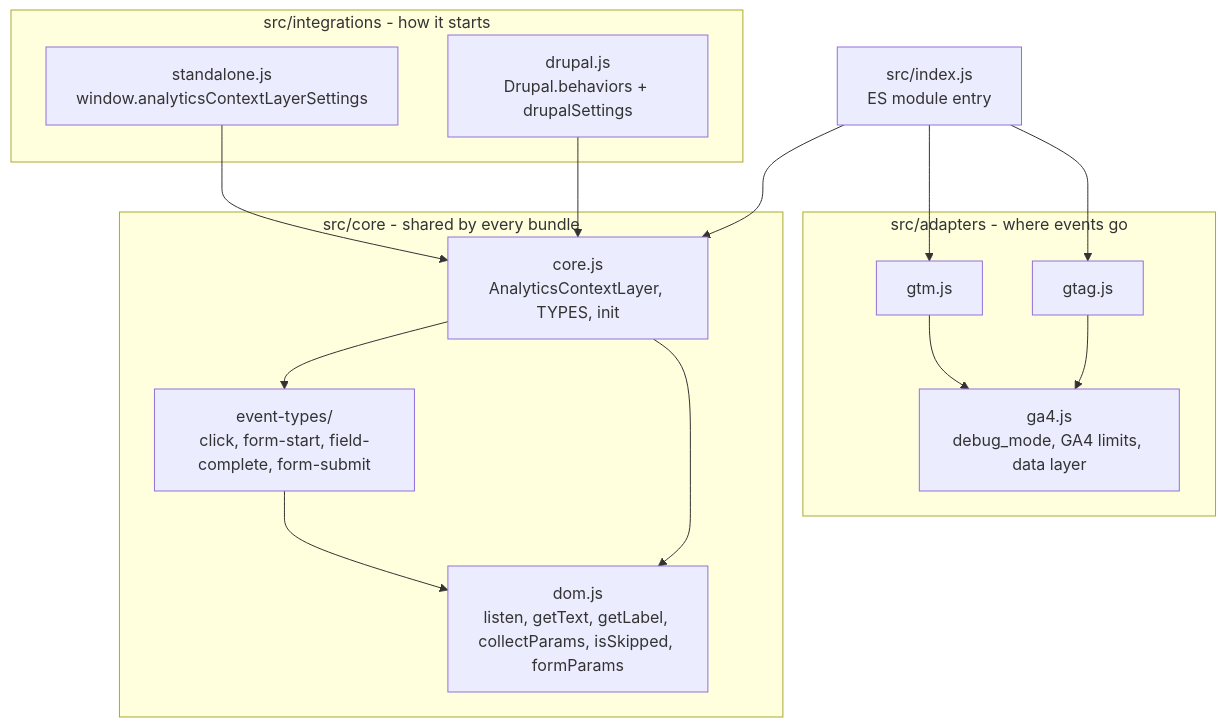
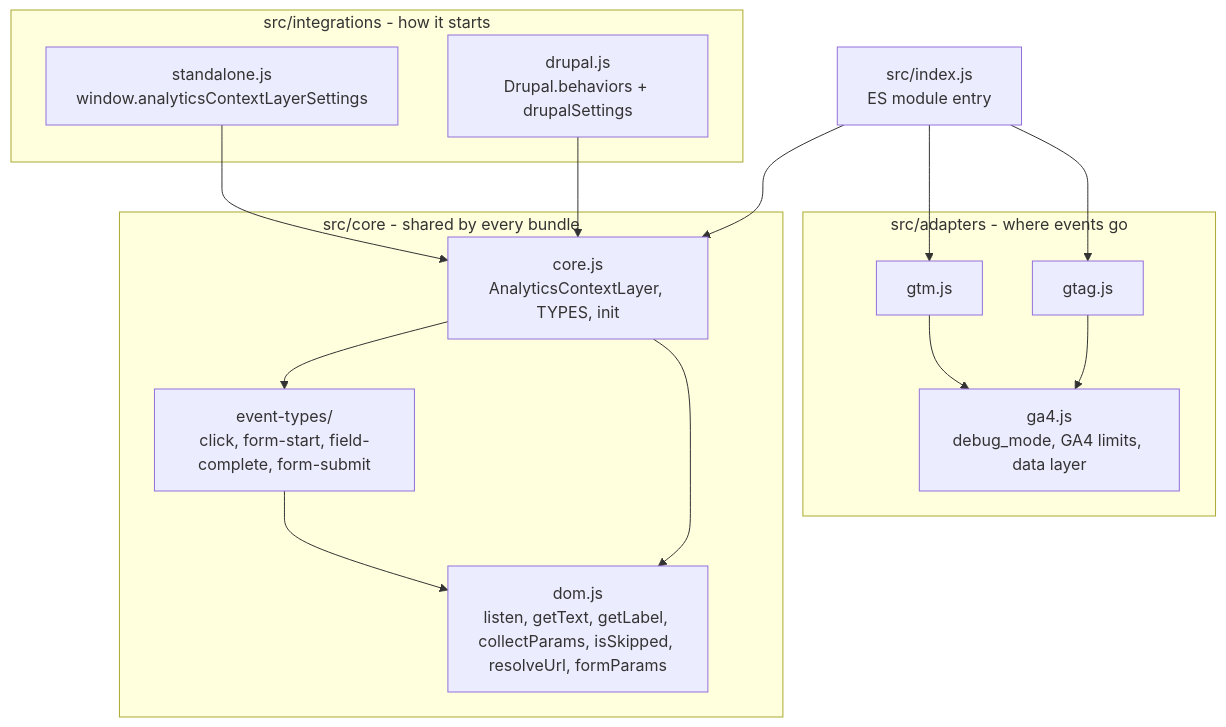
Before and after one commit to drevops/axel: the first of 3 diagrams in docs/architecture/README.md, drawn with Mermaid. The commit also changed 3 other files, not shown here.

````diff
--- a/docs/architecture/README.md
+++ b/docs/architecture/README.md
@@ -10,27 +10,27 @@
 ```mermaid
 %% Traced from: src/core/*.js, src/core/event-types/*.js, src/adapters/*.js, src/integrations/*.js, src/index.js.
 flowchart TB
     subgraph integrations[src/integrations - how it starts]
         standalone[standalone.js<br>window.analyticsContextLayerSettings]
         drupal[drupal.js<br>Drupal.behaviors + drupalSettings]
     end
     subgraph core[src/core - shared by every bundle]
         coreJs[core.js<br>AnalyticsContextLayer, TYPES, init]
         eventTypes[event-types/<br>click, form-start, field-complete, form-submit]
-        dom[dom.js<br>listen, getText, getLabel, collectParams, isSkipped, formParams]
+        dom[dom.js<br>listen, getText, getLabel, collectParams, isSkipped, resolveUrl, formParams]
     end
     subgraph adapters[src/adapters - where events go]
         gtm[gtm.js]
         gtag[gtag.js]
         ga4[ga4.js<br>debug_mode, GA4 limits, data layer]
     end
     standalone --> coreJs
     drupal --> coreJs
     coreJs --> eventTypes --> dom
     coreJs --> dom
     gtm --> ga4
     gtag --> ga4
     index[src/index.js<br>ES module entry] --> coreJs
     index --> gtm
     index --> gtag
 ```
````
